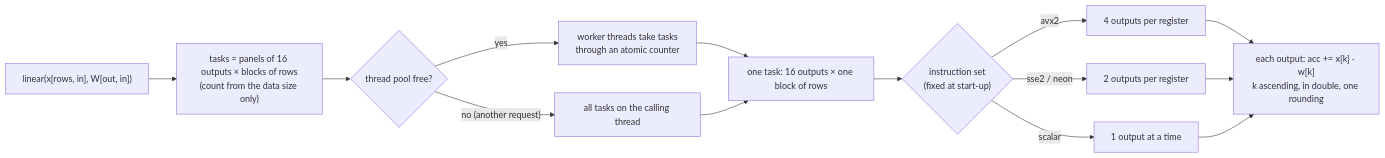
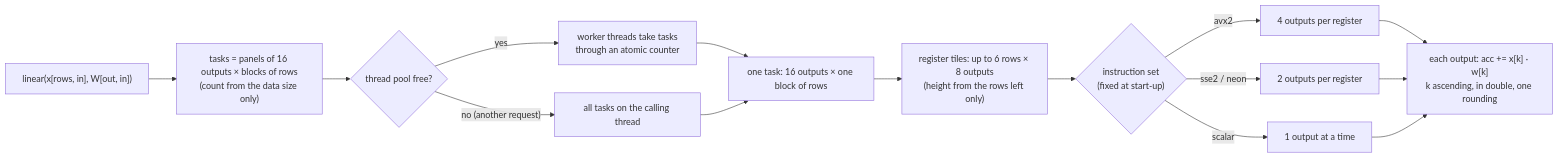
The second of 4 diagrams in docs/architecture/kernels.md (vrenken/etalii.dllm), drawn with Mermaid before and after one commit. The commit also changed other lines of this file and 3 other files, not shown here.

````diff
--- a/docs/architecture/kernels.md
+++ b/docs/architecture/kernels.md
@@ -60,13 +60,14 @@
 ```mermaid
 flowchart LR
     call["linear(x[rows, in], W[out, in])"] --> tasks["tasks = panels of 16 outputs × blocks of rows<br/>(count from the data size only)"]
     tasks --> pool{"thread pool free?"}
     pool -->|yes| workers["worker threads take tasks<br/>through an atomic counter"]
     pool -->|"no (another request)"| caller["all tasks on the calling thread"]
     workers & caller --> panel["one task: 16 outputs × one block of rows"]
-    panel --> isa{"instruction set<br/>(fixed at start-up)"}
+    panel --> tile["register tiles: up to 6 rows × 8 outputs<br/>(height from the rows left only)"]
+    tile --> isa{"instruction set<br/>(fixed at start-up)"}
     isa -->|avx2| v4["4 outputs per register"]
     isa -->|"sse2 / neon"| v2["2 outputs per register"]
     isa -->|scalar| v1["1 output at a time"]
     v4 & v2 & v1 --> acc["each output: acc += x[k] · w[k]<br/>k ascending, in double, one rounding"]
 ```
````
